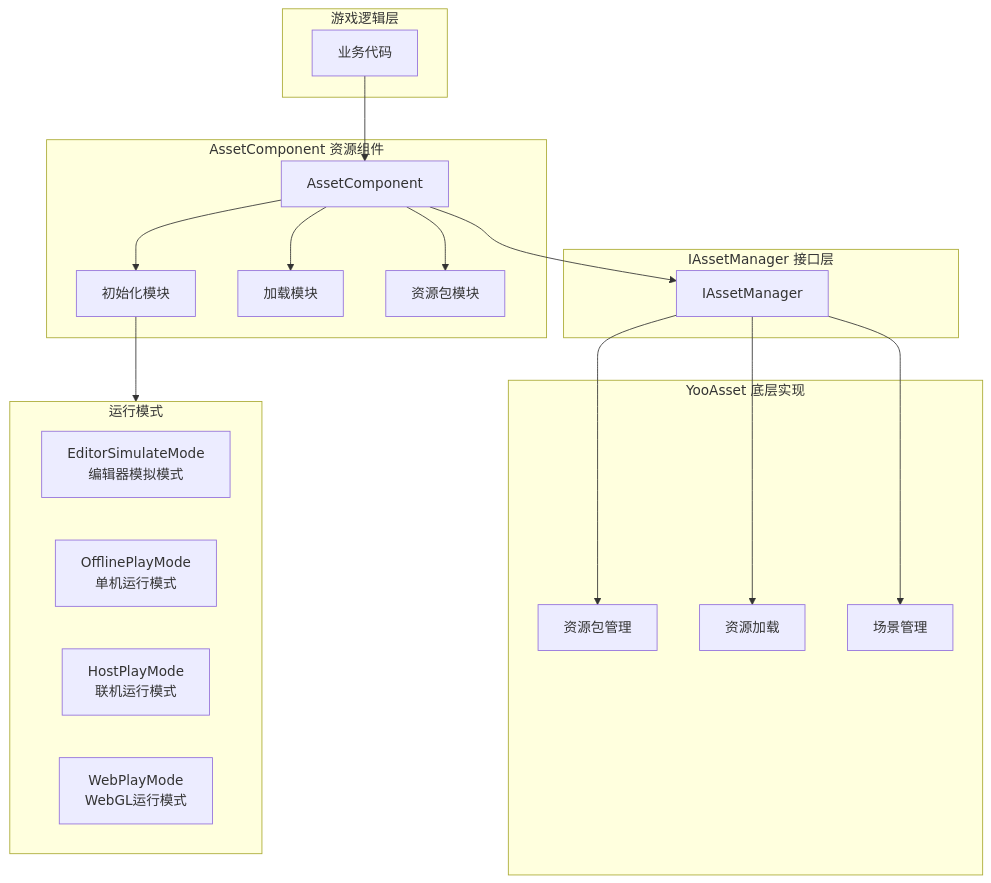
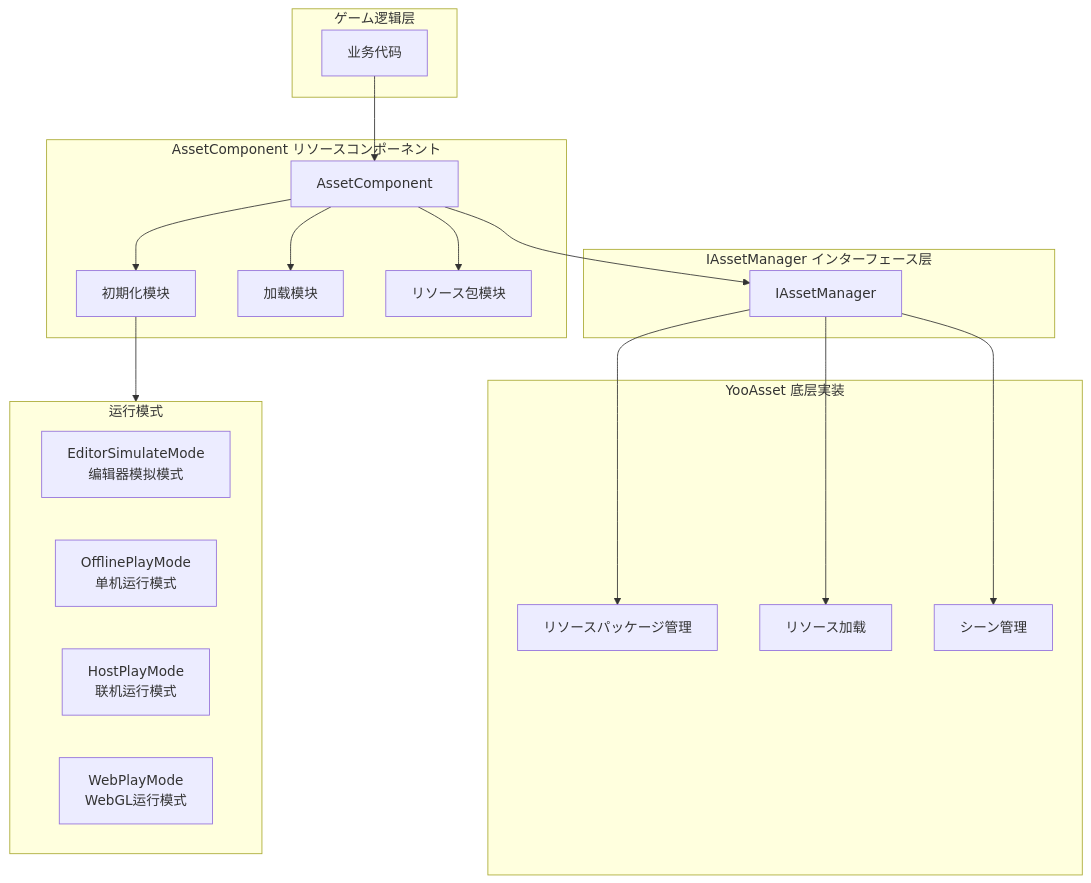
Before and after one commit to AlianBlank/GameFrameX.Docs: the first of 4 diagrams in docs/ja/client/unity/component/asset/09.asset-component.md, drawn with Mermaid. The commit also changed other lines of this file and 603 other files, not shown here.

````diff
--- a/docs/ja/client/unity/component/asset/09.asset-component.md
+++ b/docs/ja/client/unity/component/asset/09.asset-component.md
@@ -17,42 +17,42 @@
 ```mermaid
 flowchart TD
-    subgraph GameLogic["游戏逻辑层"]
+    subgraph GameLogic["ゲーム逻辑层"]
         Client[业务代码]
     end
 
-    subgraph AssetComponent["AssetComponent 资源组件"]
+    subgraph AssetComponent["AssetComponent リソースコンポーネント"]
         AC[AssetComponent]
-        Init[初始化模块]
+        Init[初期化模块]
         Load[加载模块]
-        Package[资源包模块]
+        Package[リソース包模块]
     end
 
-    subgraph AssetManager["IAssetManager 接口层"]
+    subgraph AssetManager["IAssetManager インターフェース层"]
         IAM[IAssetManager]
     end
 
-    subgraph YooAsset["YooAsset 底层实现"]
-        YP[资源包管理]
-        YL[资源加载]
-        YS[场景管理]
+    subgraph YooAsset["YooAsset 底层実装"]
+        YP[リソースパッケージ管理]
+        YL[リソース加载]
+        YS[シーン管理]
     end
 
     subgraph PlayModes["运行模式"]
         EM[EditorSimulateMode<br/>编辑器模拟模式]
         OM[OfflinePlayMode<br/>单机运行模式]
         HM[HostPlayMode<br/>联机运行模式]
         WM[WebPlayMode<br/>WebGL运行模式]
     end
 
     Client --> AC
     AC --> IAM
     IAM --> YP
     IAM --> YL
     IAM --> YS
     
     AC --> Init
     AC --> Load
     AC --> Package
     
     Init --> PlayModes
 ```
````
